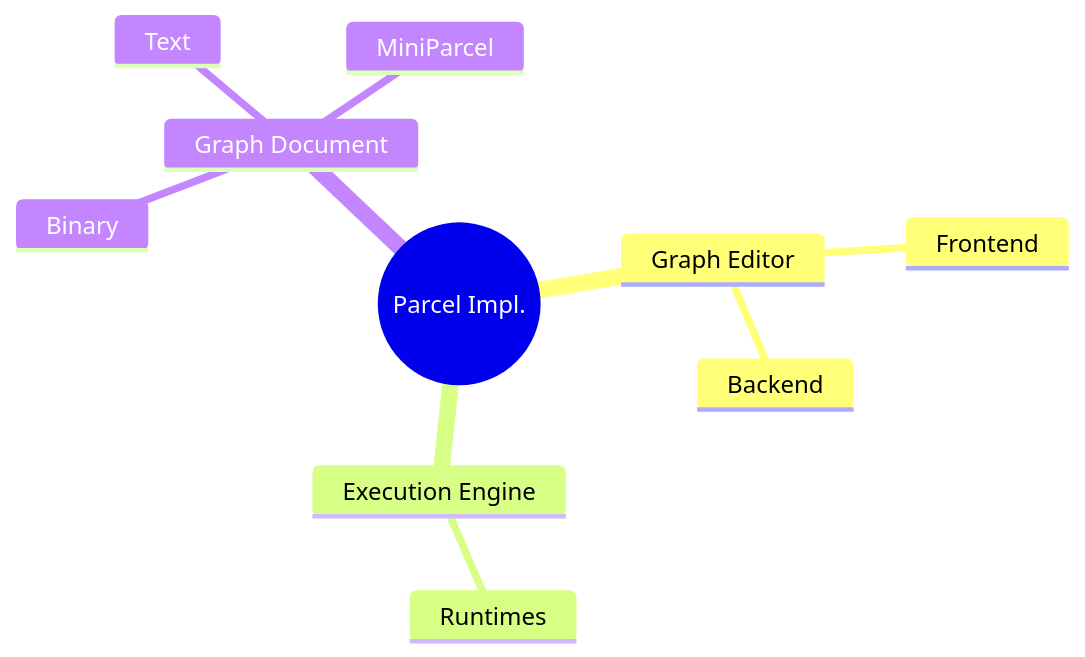
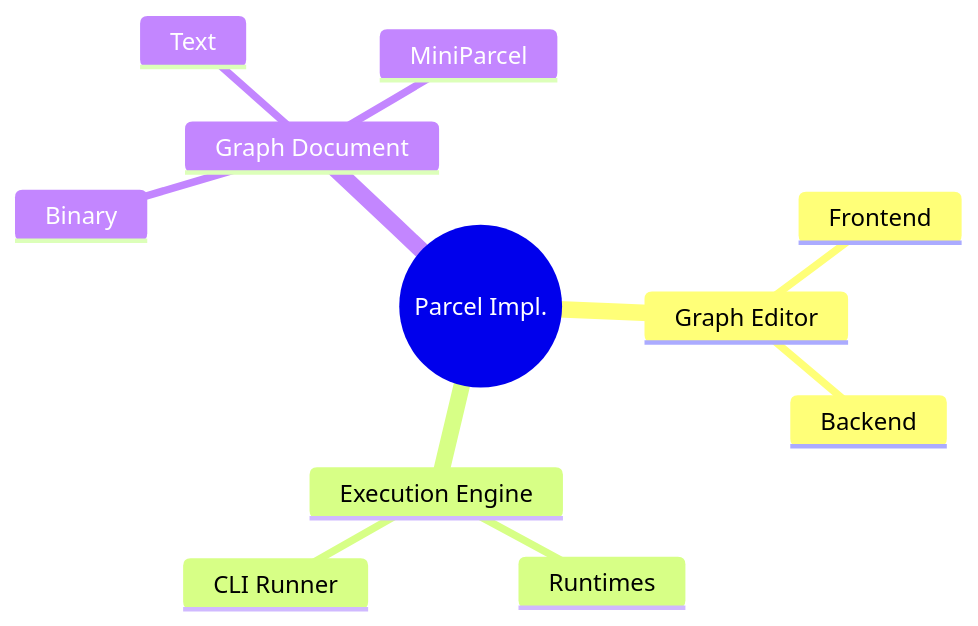
One commit to Parcel-NExT/Parcel_NExT changed the first of 3 diagrams in Parcel Open Standard/README.md. Above: the diagram before and after it, drawn with Mermaid. The commit also changed other lines of this file and 78 other files, not shown here.

````diff
--- a/Parcel Open Standard/README.md
+++ b/Parcel Open Standard/README.md
@@ -35,13 +98,14 @@
 ```mermaid
 mindmap
   root((Parcel Impl.))
     Graph Editor
         Frontend
         Backend
     Execution Engine
         Runtimes
+        CLI Runner
     Graph Document
         Binary
         Text
         MiniParcel
 ```
````
